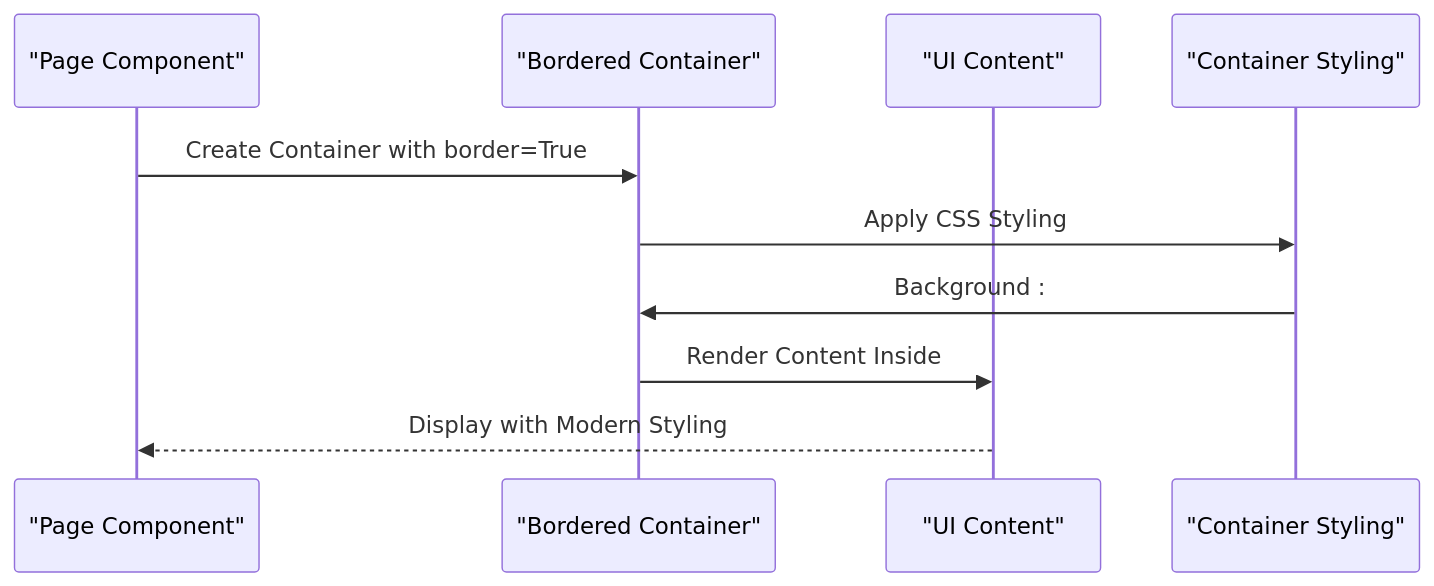
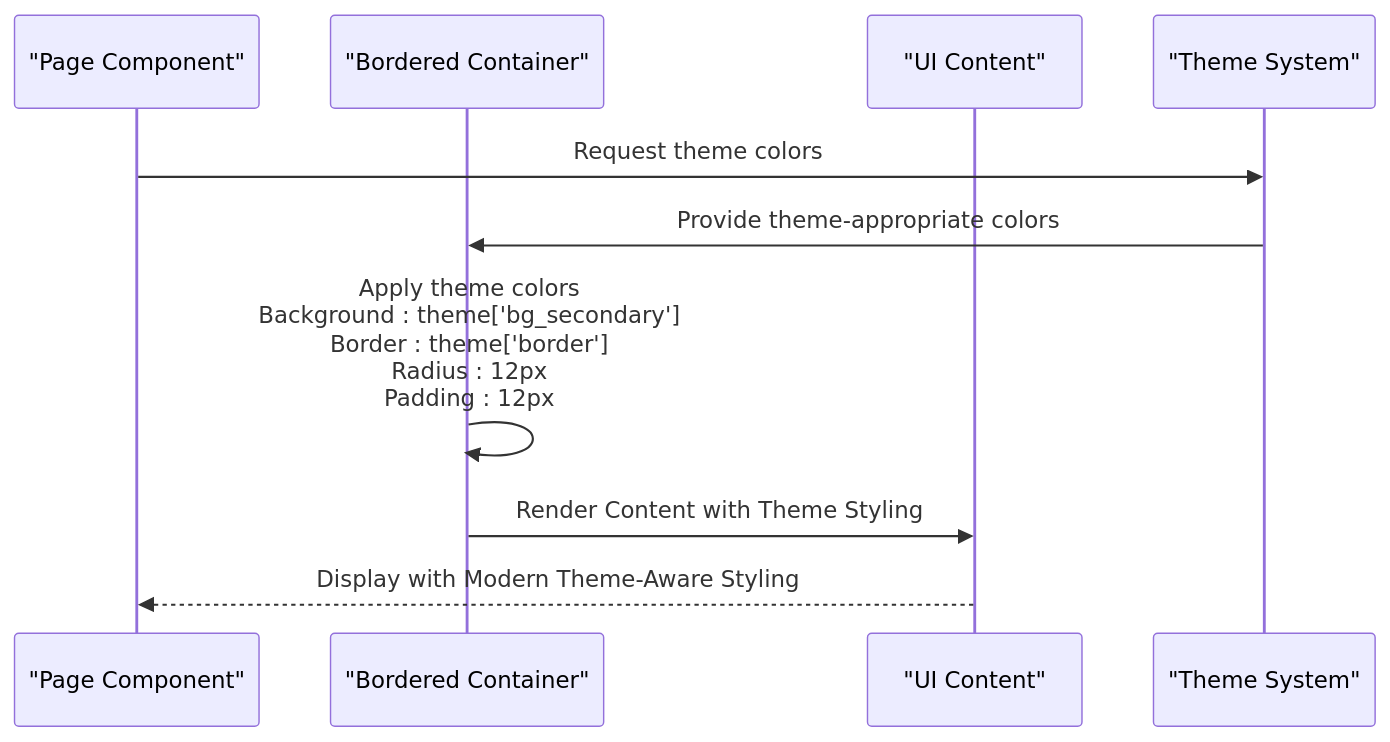
Before and after one commit to Johnny22056/SwimingStatus: the seventh of 15 diagrams in .qoder/repowiki/en/content/Core Components/Application Controller.md, drawn with Mermaid. The commit also changed other lines of this file and 2 other files, not shown here.

First line of the commit message:
feat(theme): integrate comprehensive dynamic theme management system

````diff
--- a/.qoder/repowiki/en/content/Core Components/Application Controller.md
+++ b/.qoder/repowiki/en/content/Core Components/Application Controller.md
@@ -286,12 +342,12 @@
 ```mermaid
 sequenceDiagram
 participant Page as "Page Component"
 participant Container as "Bordered Container"
 participant Content as "UI Content"
-participant Styling as "Container Styling"
-Page->>Container : Create Container with border=True
-Container->>Styling : Apply CSS Styling
-Styling->>Container : Background : #18181B<br/>Border : #3F3F46<br/>Radius : 12px<br/>Padding : 12px
-Container->>Content : Render Content Inside
-Content-->>Page : Display with Modern Styling
+participant ThemeSystem as "Theme System"
+Page->>ThemeSystem : Request theme colors
+ThemeSystem->>Container : Provide theme-appropriate colors
+Container->>Container : Apply theme colors<br/>Background : theme['bg_secondary']<br/>Border : theme['border']<br/>Radius : 12px<br/>Padding : 12px
+Container->>Content : Render Content with Theme Styling
+Content-->>Page : Display with Modern Theme-Aware Styling
 ```
````
